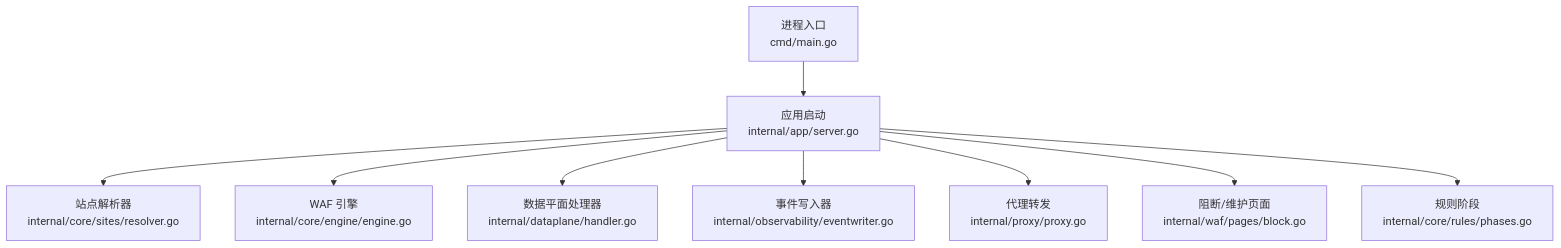
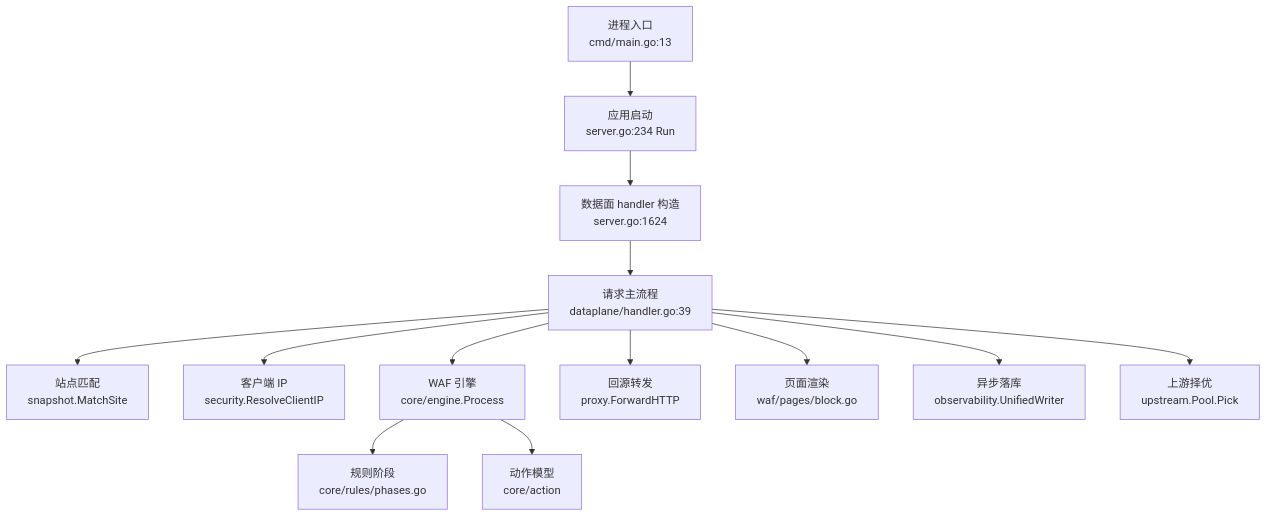
Before and after one commit to x01n/My-OpenWaf: the first of 10 diagrams in docs/数据平面处理/请求处理流程.md, drawn with Mermaid. The commit also changed other lines of this file and 622 other files, not shown here.

````diff
--- a/docs/数据平面处理/请求处理流程.md
+++ b/docs/数据平面处理/请求处理流程.md
@@ -41,11 +71,15 @@
 ```mermaid
 graph TB
-A["进程入口<br/>cmd/main.go"] --> B["应用启动<br/>internal/app/server.go"]
-B --> C["站点解析器<br/>internal/core/sites/resolver.go"]
-B --> D["WAF 引擎<br/>internal/core/engine/engine.go"]
-B --> E["数据平面处理器<br/>internal/dataplane/handler.go"]
-B --> F["事件写入器<br/>internal/observability/eventwriter.go"]
-B --> G["代理转发<br/>internal/proxy/proxy.go"]
-B --> H["阻断/维护页面<br/>internal/waf/pages/block.go"]
-B --> I["规则阶段<br/>internal/core/rules/phases.go"]
+A["进程入口<br/>cmd/main.go:13"] --> B["应用启动<br/>server.go:234 Run"]
+B --> B1["数据面 handler 构造<br/>server.go:1624"]
+B1 --> C["请求主流程<br/>dataplane/handler.go:39"]
+C --> C1["站点匹配<br/>snapshot.MatchSite"]
+C --> C2["客户端 IP<br/>security.ResolveClientIP"]
+C --> C3["WAF 引擎<br/>core/engine.Process"]
+C3 --> C4["规则阶段<br/>core/rules/phases.go"]
+C3 --> C5["动作模型<br/>core/action"]
+C --> C6["回源转发<br/>proxy.ForwardHTTP"]
+C --> C7["页面渲染<br/>waf/pages/block.go"]
+C --> C8["异步落库<br/>observability.UnifiedWriter"]
+C --> C9["上游择优<br/>upstream.Pool.Pick"]
 ```
````
